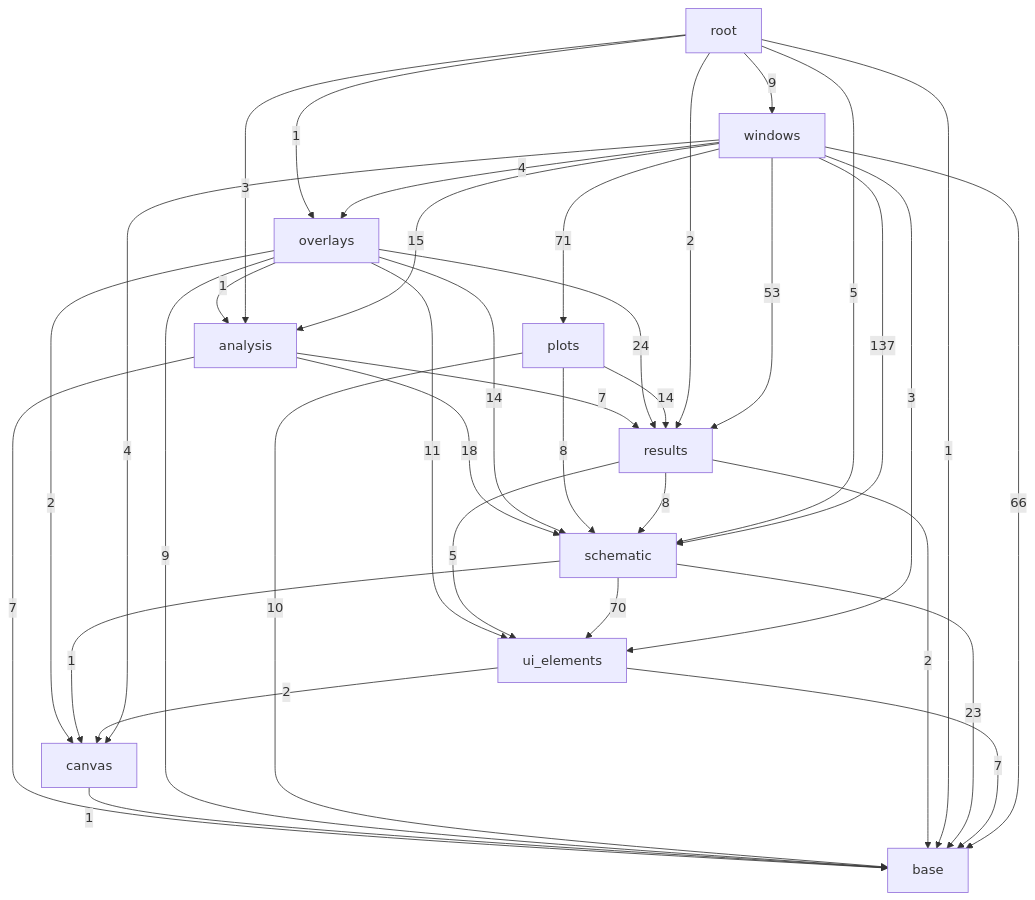
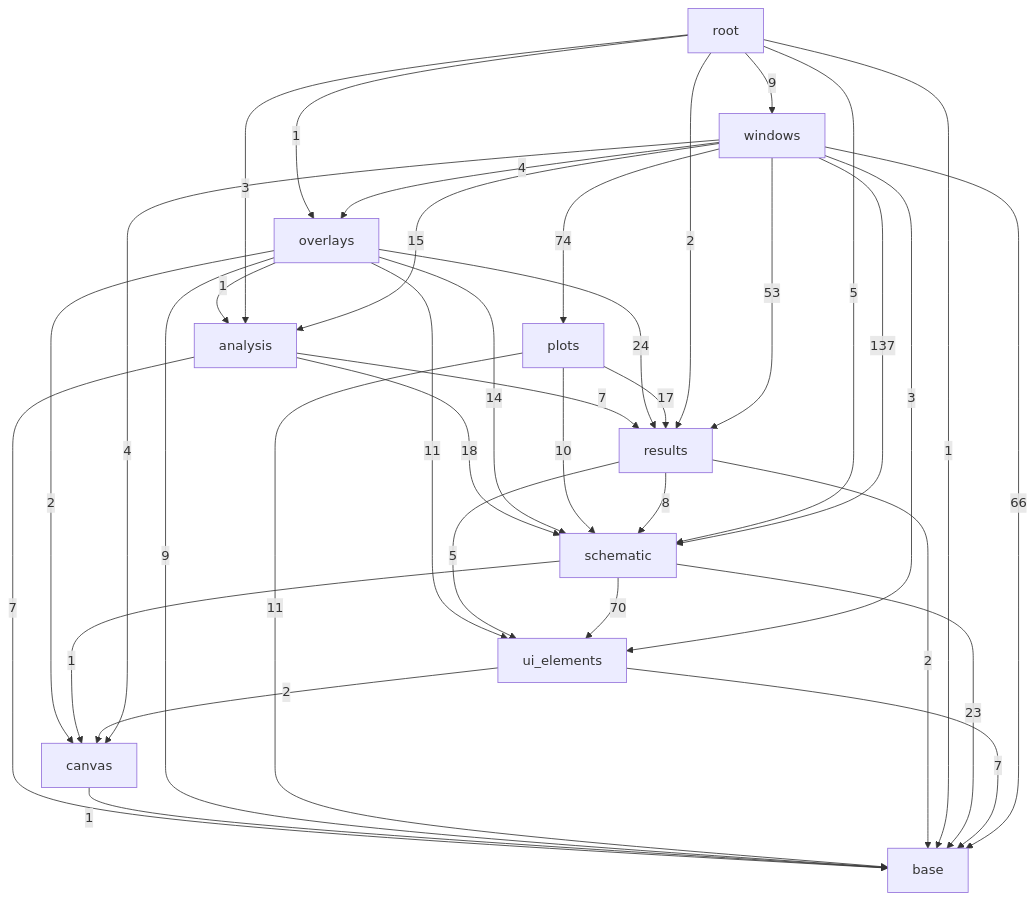
One commit to ronnymilleo/imcsim changed the third of 3 diagrams in docs/architecture.md. Above: the diagram before and after it, drawn with Mermaid. The commit also changed other lines of this file, not shown here.

Commit message:
Regenerate the include diagram

````diff
--- a/docs/architecture.md
+++ b/docs/architecture.md
@@ -56,48 +56,48 @@
 ```mermaid
 flowchart TD
     app_gui_base[base]
     app_gui_canvas[canvas]
     app_gui_ui_elements[ui_elements]
     app_gui_schematic[schematic]
     app_gui_results[results]
     app_gui_analysis[analysis]
     app_gui_plots[plots]
     app_gui_overlays[overlays]
     app_gui_windows[windows]
     app_gui_root[root]
     app_gui_analysis -->|7| app_gui_base
     app_gui_analysis -->|7| app_gui_results
     app_gui_analysis -->|18| app_gui_schematic
     app_gui_canvas -->|1| app_gui_base
     app_gui_overlays -->|1| app_gui_analysis
     app_gui_overlays -->|9| app_gui_base
     app_gui_overlays -->|2| app_gui_canvas
     app_gui_overlays -->|24| app_gui_results
     app_gui_overlays -->|14| app_gui_schematic
     app_gui_overlays -->|11| app_gui_ui_elements
-    app_gui_plots -->|10| app_gui_base
-    app_gui_plots -->|14| app_gui_results
-    app_gui_plots -->|8| app_gui_schematic
+    app_gui_plots -->|11| app_gui_base
+    app_gui_plots -->|17| app_gui_results
+    app_gui_plots -->|10| app_gui_schematic
     app_gui_results -->|2| app_gui_base
     app_gui_results -->|8| app_gui_schematic
     app_gui_results -->|5| app_gui_ui_elements
     app_gui_root -->|3| app_gui_analysis
     app_gui_root -->|1| app_gui_base
     app_gui_root -->|1| app_gui_overlays
     app_gui_root -->|2| app_gui_results
     app_gui_root -->|5| app_gui_schematic
     app_gui_root -->|9| app_gui_windows
     app_gui_schematic -->|23| app_gui_base
     app_gui_schematic -->|1| app_gui_canvas
     app_gui_schematic -->|70| app_gui_ui_elements
     app_gui_ui_elements -->|7| app_gui_base
     app_gui_ui_elements -->|2| app_gui_canvas
     app_gui_windows -->|15| app_gui_analysis
     app_gui_windows -->|66| app_gui_base
     app_gui_windows -->|4| app_gui_canvas
     app_gui_windows -->|4| app_gui_overlays
-    app_gui_windows -->|71| app_gui_plots
+    app_gui_windows -->|74| app_gui_plots
     app_gui_windows -->|53| app_gui_results
     app_gui_windows -->|137| app_gui_schematic
     app_gui_windows -->|3| app_gui_ui_elements
 ```
````
